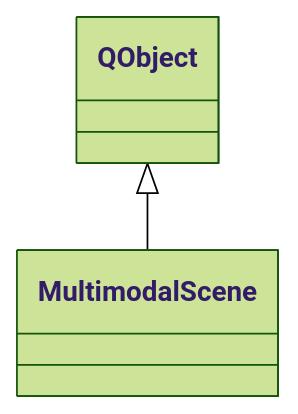
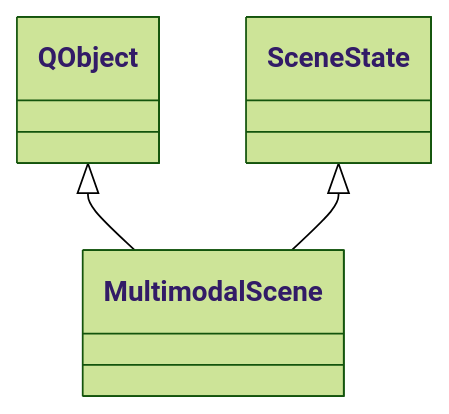
Before and after one commit to mne-tools/mne-cpp: the diagram in doc/website/docs/api/viz-qt/multimodal-scene.mdx, drawn with Mermaid (forest theme). The commit also changed other lines of this file and 38 other files, not shown here.

````diff
--- a/doc/website/docs/api/viz-qt/multimodal-scene.mdx
+++ b/doc/website/docs/api/viz-qt/multimodal-scene.mdx
@@ -55,4 +44,6 @@
 ```mermaid
 classDiagram
     QObject <|-- MultimodalScene
+    SceneState <|-- MultimodalScene
+    click SceneState href "../../viz/scene-state/"
 ```
````
